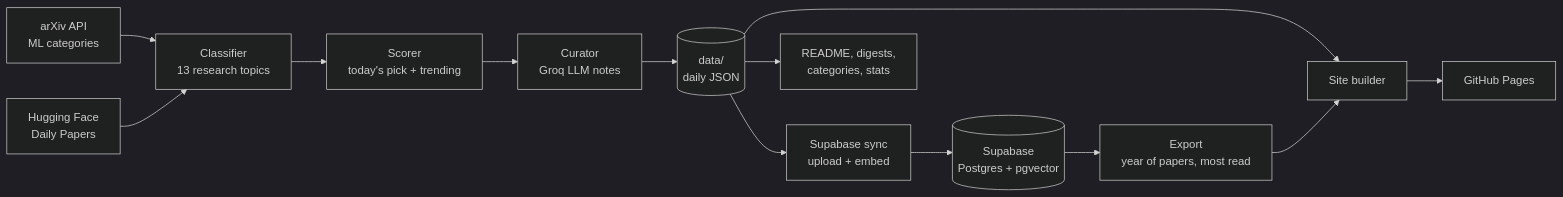
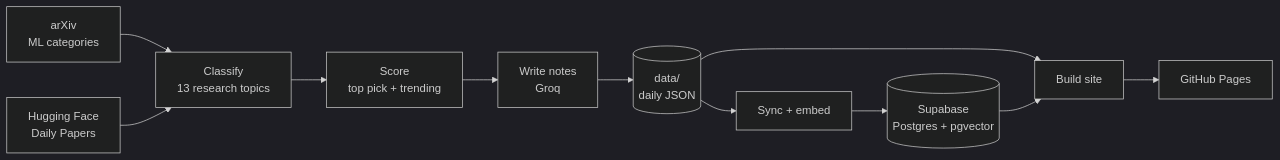
The diagram in README.md (Omen-bit/ai-paper-daily), drawn with Mermaid (dark theme) before and after one commit. The commit also changed other lines of this file and 49 other files, not shown here.

````diff
--- a/README.md
+++ b/README.md
@@ -148,15 +101,13 @@
 ```mermaid
 flowchart LR
-    A["arXiv API<br/>ML categories"] --> C["Classifier<br/>13 research topics"]
+    A["arXiv<br/>ML categories"] --> C["Classify<br/>13 research topics"]
     B["Hugging Face<br/>Daily Papers"] --> C
-    C --> D["Scorer<br/>today's pick + trending"]
-    D --> E["Curator<br/>Groq LLM notes"]
+    C --> D["Score<br/>top pick + trending"]
+    D --> E["Write notes<br/>Groq"]
     E --> F[("data/<br/>daily JSON")]
-    F --> G["Supabase sync<br/>upload + embed"]
+    F --> G["Sync + embed"]
     G --> H[("Supabase<br/>Postgres + pgvector")]
-    H --> I["Export<br/>year of papers, most read"]
-    F --> J["Site builder"]
-    I --> J
+    F --> J["Build site"]
+    H --> J
     J --> K["GitHub Pages"]
-    F --> L["README, digests,<br/>categories, stats"]
 ```
````
